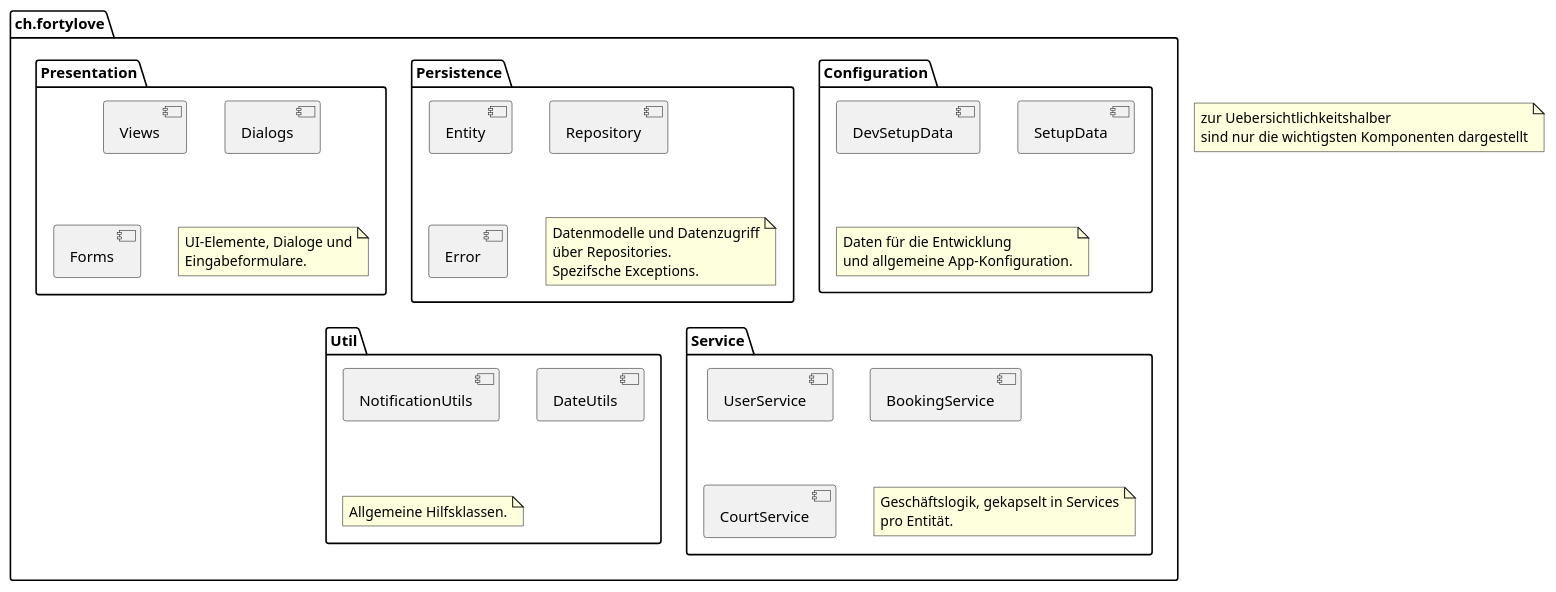
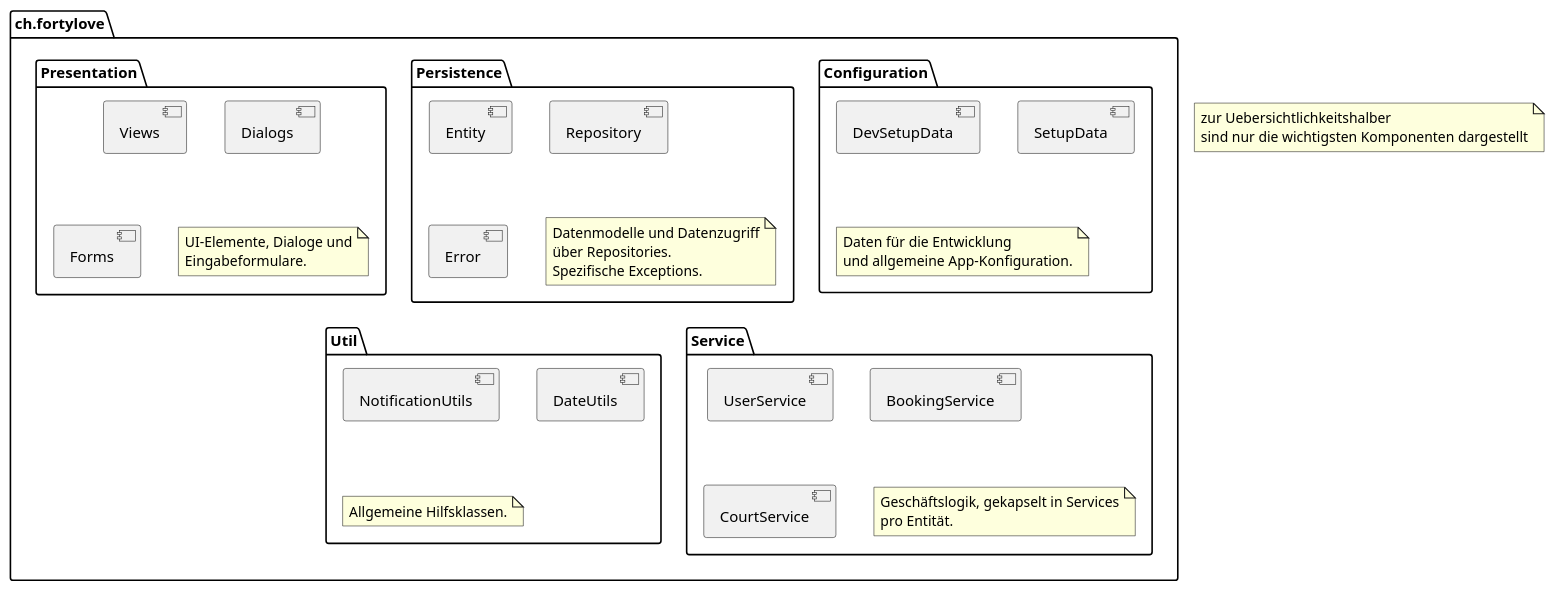
One commit to incrediblybadcoder/fortylove changed the diagram in documents/design/bausteinsicht/architecture_overview.puml. Above: the diagram before and after it, drawn with PlantUML. The commit also changed 1 other file, not shown here.

```diff
--- a/documents/design/bausteinsicht/architecture_overview.puml
+++ b/documents/design/bausteinsicht/architecture_overview.puml
@@ -1,42 +1,42 @@
 @startuml
 
 package "ch.fortylove"{
 
   package "Configuration" as Configuration {
     [DevSetupData]
     [SetupData]
     note "Daten für die Entwicklung\nund allgemeine App-Konfiguration." as NoteConfig
   }
 
   package "Persistence" as Persistence {
     [Entity]
     [Repository]
     [Error]
-    note "Datenmodelle und Datenzugriff\nüber Repositories.\nSpezifsche Exceptions." as NotePersistence
+    note "Datenmodelle und Datenzugriff\nüber Repositories.\nSpezifische Exceptions." as NotePersistence
   }
 
   package "Presentation" as Presentation {
     [Views]
     [Dialogs]
     [Forms]
     note "UI-Elemente, Dialoge und\nEingabeformulare." as NotePresentation
   }
 
   package "Service" as Service {
     [UserService]
     [BookingService]
     [CourtService]
     [BookingService]
     note "Geschäftslogik, gekapselt in Services\npro Entität." as NoteService
   }
 
   package "Util" as Util {
     [NotificationUtils]
     [DateUtils]
     note "Allgemeine Hilfsklassen." as NoteUtil
   }
 
 }
 note "zur Uebersichtlichkeitshalber\nsind nur die wichtigsten Komponenten dargestellt" as test
 
 @enduml
```
